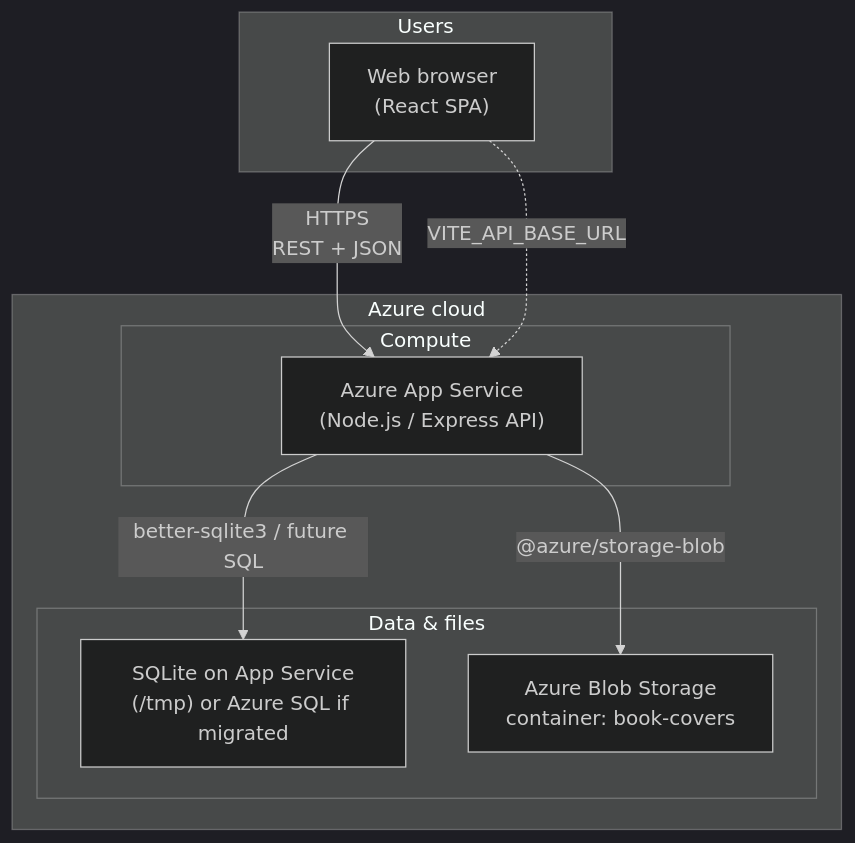
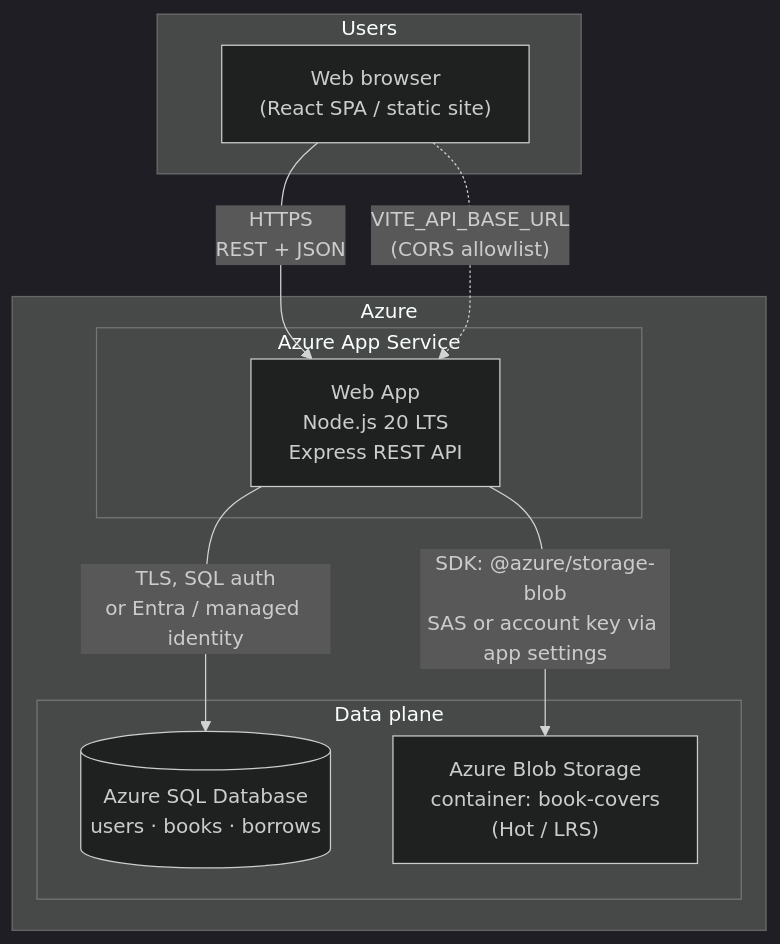
The first of 2 diagrams in docs/ARCHITECTURE.md (balvindersingh07/Online-Library-Management-System), drawn with Mermaid (dark theme) before and after one commit. The commit also changed other lines of this file and 21 other files, not shown here.

````diff
--- a/docs/ARCHITECTURE.md
+++ b/docs/ARCHITECTURE.md
@@ -5,22 +5,22 @@
 ```mermaid
 flowchart TB
     subgraph Users["Users"]
-        Browser["Web browser\n(React SPA)"]
+        Browser["Web browser\n(React SPA / static site)"]
     end
 
-    subgraph Azure["Azure cloud"]
-        subgraph Compute["Compute"]
-            AppService["Azure App Service\n(Node.js / Express API)"]
+    subgraph Azure["Azure"]
+        subgraph Compute["Azure App Service"]
+            WebApp["Web App\nNode.js 20 LTS\nExpress REST API"]
         end
 
-        subgraph Data["Data & files"]
-            SQL["SQLite on App Service\n(/tmp) or Azure SQL if migrated"]
-            Blob["Azure Blob Storage\ncontainer: book-covers"]
+        subgraph Data["Data plane"]
+            SQLDB[("Azure SQL Database\nusers · books · borrows")]
+            Blob["Azure Blob Storage\ncontainer: book-covers\n(Hot / LRS)"]
         end
     end
 
-    Browser -->|"HTTPS\nREST + JSON"| AppService
-    AppService -->|"better-sqlite3 / future SQL"| SQL
-    AppService -->|"@azure/storage-blob"| Blob
-    Browser -.->|"VITE_API_BASE_URL"| AppService
+    Browser -->|"HTTPS\nREST + JSON"| WebApp
+    WebApp -->|"TLS, SQL auth\nor Entra / managed identity"| SQLDB
+    WebApp -->|"SDK: @azure/storage-blob\nSAS or account key via app settings"| Blob
+    Browser -.->|"VITE_API_BASE_URL\n(CORS allowlist)"| WebApp
 ```
````
